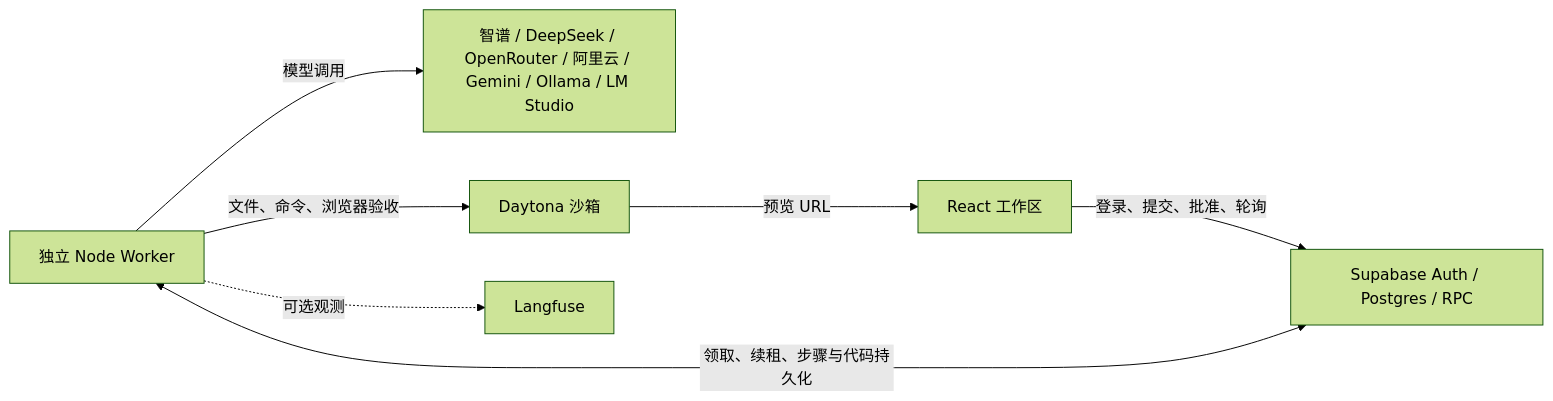
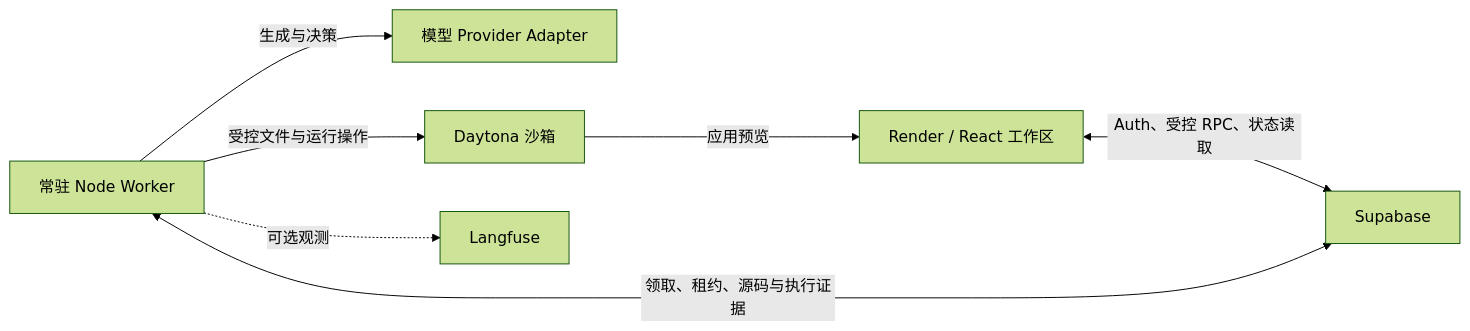
The diagram in README.md (Tym216/idea-to-app-forge), drawn with Mermaid (forest theme) before and after one commit. The commit also changed other lines of this file and 26 other files, not shown here.

````diff
--- a/README.md
+++ b/README.md
@@ -23,9 +21,9 @@
 ```mermaid
 flowchart LR
-    UI[React 工作区] -->|登录、提交、批准、轮询| DB[Supabase Auth / Postgres / RPC]
-    W[独立 Node Worker] <-->|领取、续租、步骤与代码持久化| DB
-    W -->|模型调用| LLM[智谱 / DeepSeek / OpenRouter / 阿里云 / Gemini / Ollama / LM Studio]
-    W -->|文件、命令、浏览器验收| SB[Daytona 沙箱]
-    SB -->|预览 URL| UI
+    UI[Render / React 工作区] <-->|Auth、受控 RPC、状态读取| DB[Supabase]
+    W[常驻 Node Worker] <-->|领取、租约、源码与执行证据| DB
+    W -->|生成与决策| LLM[模型 Provider Adapter]
+    W -->|受控文件与运行操作| SB[Daytona 沙箱]
+    SB -->|应用预览| UI
     W -. 可选观测 .-> LF[Langfuse]
 ```
````
